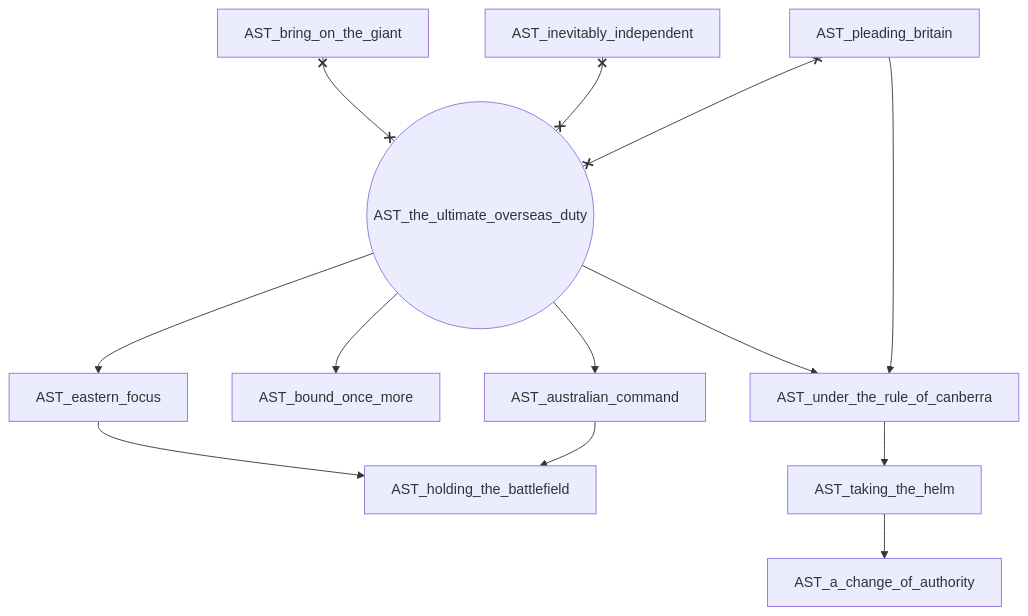
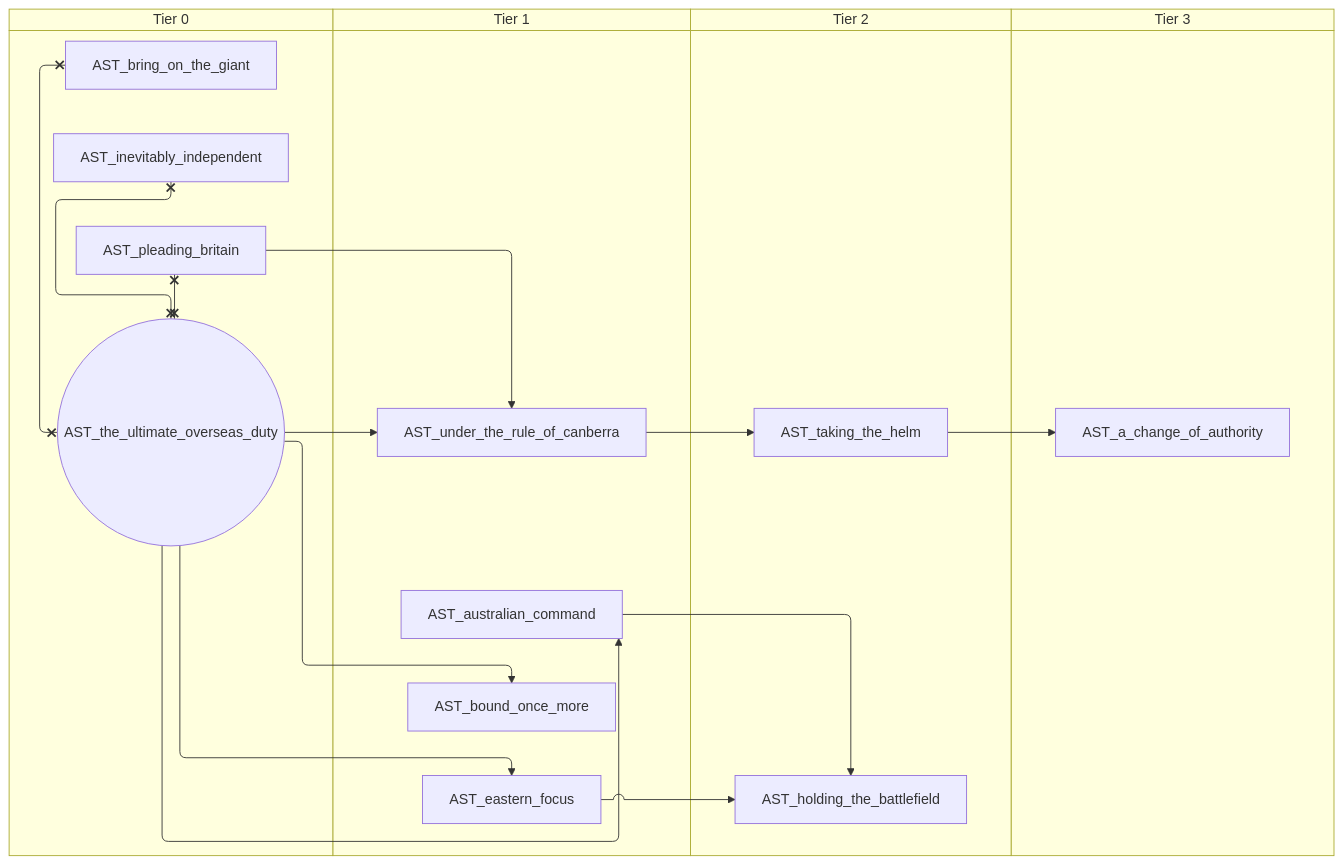
One commit to evgeny-sobol/hoi4-sandbox-mode changed diagram 13 of 15 in docs/gdd/National Focuses/australia_taog.md. Above: the diagram before and after it, drawn with Mermaid. The commit also changed other lines of this file and 80 other files, not shown here.

First line of the commit message:
Add swimlane mode to focus graph exporter

````diff
--- a/docs/gdd/National Focuses/australia_taog.md
+++ b/docs/gdd/National Focuses/australia_taog.md
@@ -623,26 +743,34 @@
 ```mermaid
-flowchart TD
-    n183["AST_a_change_of_authority"]
-    n216["AST_australian_command"]
-    n217["AST_bound_once_more"]
-    n154["AST_bring_on_the_giant"]
-    n218["AST_eastern_focus"]
-    n219["AST_holding_the_battlefield"]
-    n158["AST_inevitably_independent"]
-    n159["AST_pleading_britain"]
-    n189["AST_taking_the_helm"]
-    n162(("AST_the_ultimate_overseas_duty"))
-    n190["AST_under_the_rule_of_canberra"]
-    n189 --> n183
-    n162 --> n216
-    n162 --> n217
-    n162 --> n218
+swimlane-beta TD
+    subgraph tier_0["Tier 0"]
+        n152["AST_bring_on_the_giant"]
+        n153["AST_inevitably_independent"]
+        n154["AST_pleading_britain"]
+        n155(("AST_the_ultimate_overseas_duty"))
+    end
+    subgraph tier_1["Tier 1"]
+        n216["AST_australian_command"]
+        n217["AST_bound_once_more"]
+        n218["AST_eastern_focus"]
+        n187["AST_under_the_rule_of_canberra"]
+    end
+    subgraph tier_2["Tier 2"]
+        n219["AST_holding_the_battlefield"]
+        n188["AST_taking_the_helm"]
+    end
+    subgraph tier_3["Tier 3"]
+        n190["AST_a_change_of_authority"]
+    end
+    n188 --> n190
+    n155 --> n216
+    n155 --> n217
+    n155 --> n218
     n218 --> n219
     n216 --> n219
-    n190 --> n189
-    n162 --> n190
-    n159 --> n190
-    n154 x--x n162
-    n158 x--x n162
-    n159 x--x n162
+    n187 --> n188
+    n155 --> n187
+    n154 --> n187
+    n152 x--x n155
+    n153 x--x n155
+    n154 x--x n155
 ```
````
